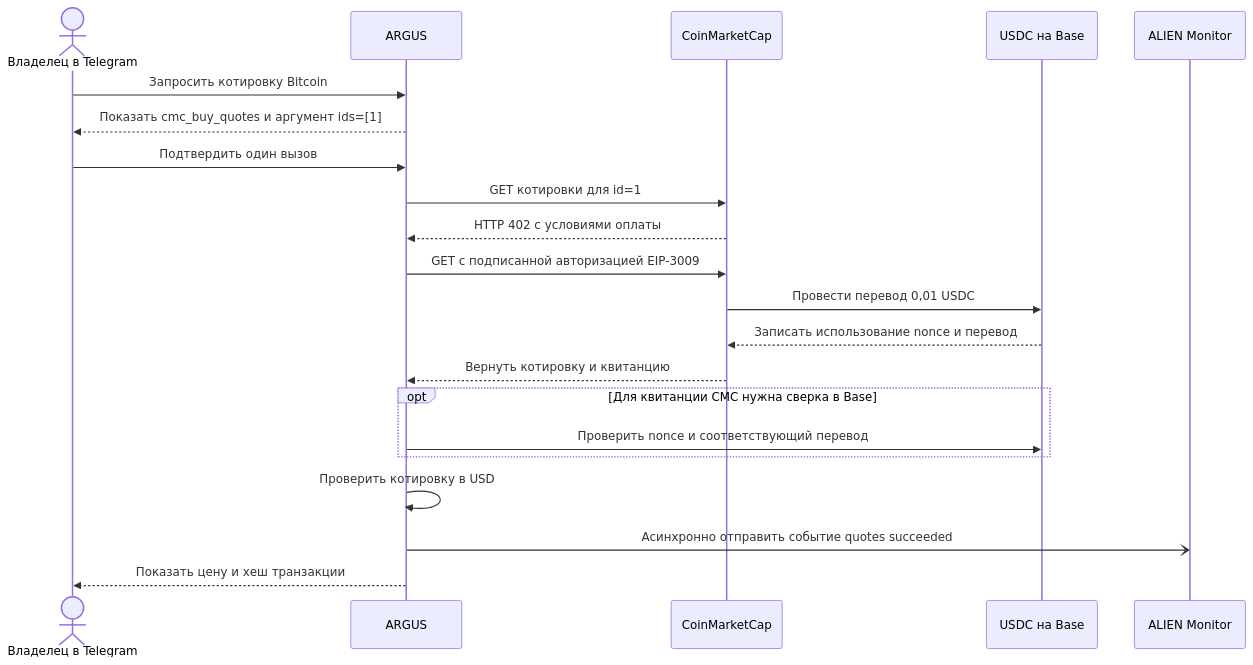
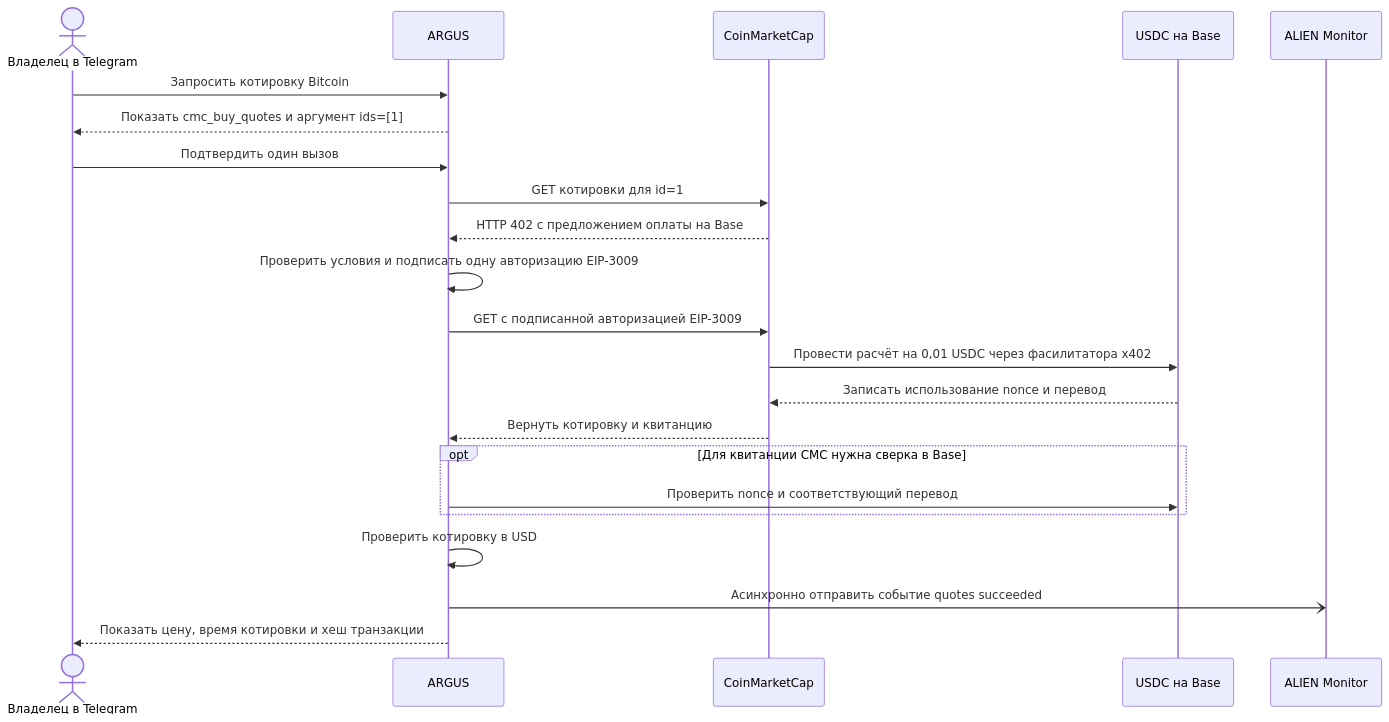
The diagram in docs/use-case-cmc-telegram-ru.md (alexar76/argus), drawn with Mermaid before and after one commit. The commit also changed other lines of this file and 19 other files, not shown here.

````diff
--- a/docs/use-case-cmc-telegram-ru.md
+++ b/docs/use-case-cmc-telegram-ru.md
@@ -9,23 +9,24 @@
 ```mermaid
 sequenceDiagram
     actor Owner as Владелец в Telegram
     participant Argus as ARGUS
     participant CMC as CoinMarketCap
     participant Base as USDC на Base
     participant Monitor as ALIEN Monitor
     Owner->>Argus: Запросить котировку Bitcoin
     Argus-->>Owner: Показать cmc_buy_quotes и аргумент ids=[1]
     Owner->>Argus: Подтвердить один вызов
     Argus->>CMC: GET котировки для id=1
-    CMC-->>Argus: HTTP 402 с условиями оплаты
+    CMC-->>Argus: HTTP 402 с предложением оплаты на Base
+    Argus->>Argus: Проверить условия и подписать одну авторизацию EIP-3009
     Argus->>CMC: GET с подписанной авторизацией EIP-3009
-    CMC->>Base: Провести перевод 0,01 USDC
+    CMC->>Base: Провести расчёт на 0,01 USDC через фасилитатора x402
     Base-->>CMC: Записать использование nonce и перевод
     CMC-->>Argus: Вернуть котировку и квитанцию
     opt Для квитанции CMC нужна сверка в Base
         Argus->>Base: Проверить nonce и соответствующий перевод
     end
     Argus->>Argus: Проверить котировку в USD
     Argus-)Monitor: Асинхронно отправить событие quotes succeeded
-    Argus-->>Owner: Показать цену и хеш транзакции
+    Argus-->>Owner: Показать цену, время котировки и хеш транзакции
 ```
````
